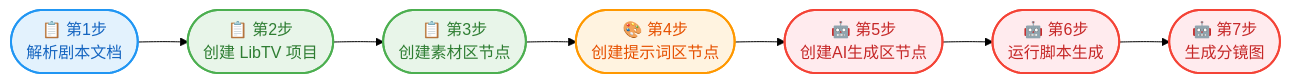
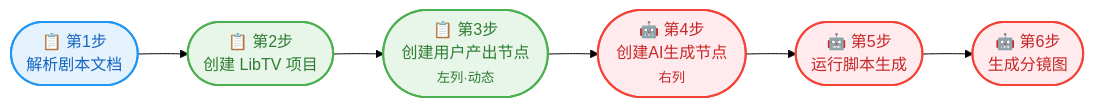
One commit to hugohung/workbuddy-skill-jd-ai-short-drama-libtv changed the diagram in SKILL.md. Above: the diagram before and after it, drawn with Mermaid (forest theme). The commit also changed other lines of this file, not shown here.

````diff
--- a/SKILL.md
+++ b/SKILL.md
@@ -36,17 +65,15 @@
 ```mermaid
 graph LR
     S1([📋 第1步<br/>解析剧本文档]) --> S2([📋 第2步<br/>创建 LibTV 项目])
-    S2 --> S3([📋 第3步<br/>创建素材区节点])
-    S3 --> S4([🎨 第4步<br/>创建提示词区节点])
-    S4 --> S5([🤖 第5步<br/>创建AI生成区节点])
-    S5 --> S6([🤖 第6步<br/>运行脚本生成])
-    S6 --> S7([🤖 第7步<br/>生成分镜图])
+    S2 --> S3([📋 第3步<br/>创建用户产出节点<br/><small>左列·动态</small>])
+    S3 --> S4([🤖 第4步<br/>创建AI生成节点<br/><small>右列</small>])
+    S4 --> S5([🤖 第5步<br/>运行脚本生成])
+    S5 --> S6([🤖 第6步<br/>生成分镜图])
 
     style S1 fill:#e3f2fd,stroke:#2196f3,stroke-width:2px,color:#1565c0
     style S2 fill:#e8f5e9,stroke:#4caf50,stroke-width:2px,color:#2e7d32
     style S3 fill:#e8f5e9,stroke:#4caf50,stroke-width:2px,color:#2e7d32
-    style S4 fill:#fff3e0,stroke:#ff9800,stroke-width:2px,color:#e65100
+    style S4 fill:#ffebee,stroke:#f44336,stroke-width:2px,color:#c62828
     style S5 fill:#ffebee,stroke:#f44336,stroke-width:2px,color:#c62828
     style S6 fill:#ffebee,stroke:#f44336,stroke-width:2px,color:#c62828
-    style S7 fill:#ffebee,stroke:#f44336,stroke-width:2px,color:#c62828
 ```
````
